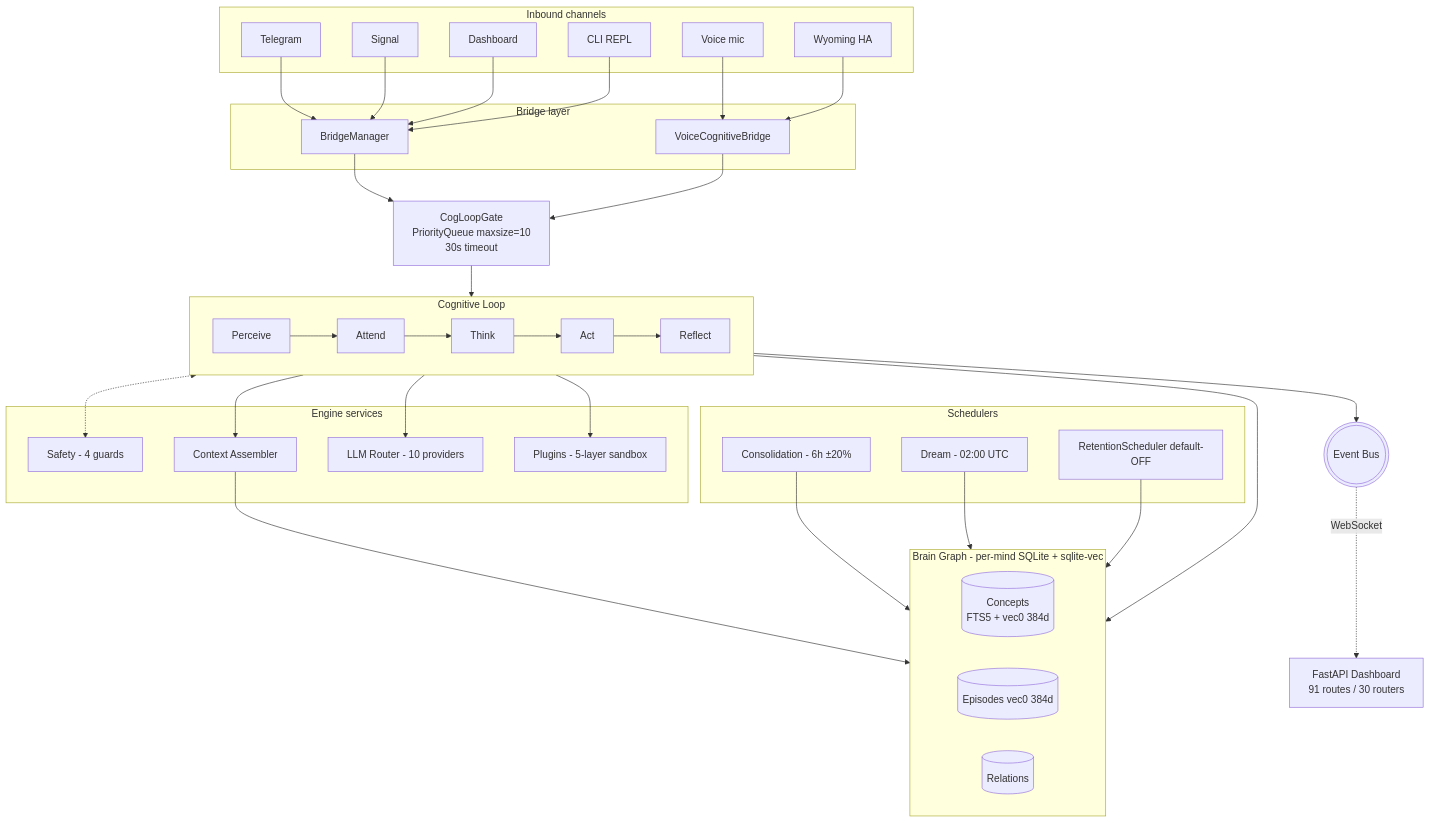
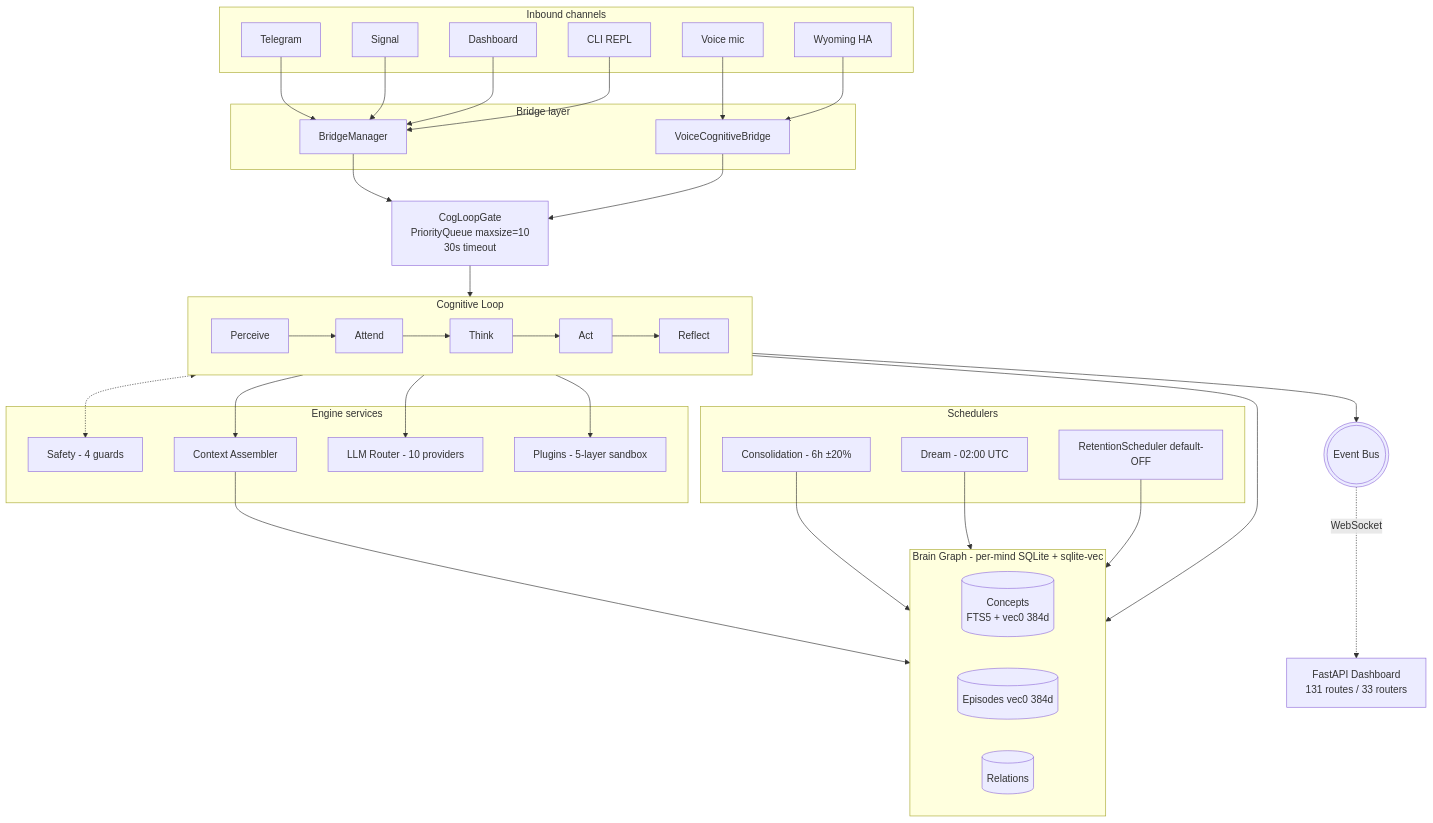
One commit to sovyx-ai/sovyx changed the first of 6 diagrams in README.md. Above: the diagram before and after it, drawn with Mermaid. The commit also changed other lines of this file and 5 other files, not shown here.

````diff
--- a/README.md
+++ b/README.md
@@ -195,48 +195,48 @@
 ```mermaid
 flowchart TB
     subgraph Channels["Inbound channels"]
         TG[Telegram]
         SG[Signal]
         VX[Voice mic]
         WY[Wyoming HA]
         WEB[Dashboard]
         CLI[CLI REPL]
     end
     subgraph Bridge["Bridge layer"]
         BR[BridgeManager]
         VCB[VoiceCognitiveBridge]
     end
     GATE[CogLoopGate<br/>PriorityQueue maxsize=10<br/>30s timeout]
     subgraph CogLoop["Cognitive Loop"]
         direction LR
         P[Perceive] --> AT[Attend] --> TH[Think] --> ACT[Act] --> RF[Reflect]
     end
     subgraph Engine["Engine services"]
         SAFETY[Safety - 4 guards]
         CTX[Context Assembler]
         LLM[LLM Router - 10 providers]
         PLG[Plugins - 5-layer sandbox]
     end
     subgraph Brain["Brain Graph - per-mind SQLite + sqlite-vec"]
         CON[(Concepts<br/>FTS5 + vec0 384d)]
         EPI[(Episodes vec0 384d)]
         REL[(Relations)]
     end
     subgraph Background["Schedulers"]
         CONS[Consolidation - 6h ±20%]
         DREAM[Dream - 02:00 UTC]
         RET[RetentionScheduler default-OFF]
     end
     EB(((Event Bus)))
-    DASH[FastAPI Dashboard<br/>91 routes / 30 routers]
+    DASH[FastAPI Dashboard<br/>131 routes / 33 routers]
     TG & SG & WEB & CLI --> BR
     VX & WY --> VCB
     BR & VCB --> GATE --> CogLoop
     AT <-.-> SAFETY
     TH --> CTX --> Brain
     TH --> LLM
     ACT --> PLG
     RF --> Brain
     CONS & DREAM & RET --> Brain
     CogLoop --> EB -.WebSocket.-> DASH
 ```
````
